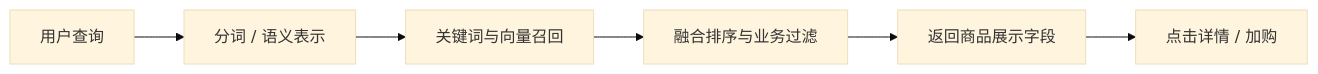
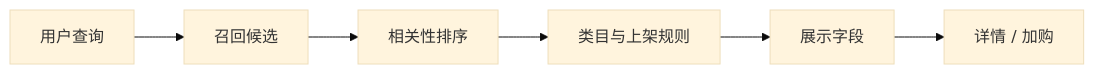
The first of 2 diagrams in docs/lecture/03-product-search.md (RedInn7/gomall), drawn with Mermaid (base theme) before and after one commit. The commit also changed other lines of this file and 3 other files, not shown here.

````diff
--- a/docs/lecture/03-product-search.md
+++ b/docs/lecture/03-product-search.md
@@ -30,8 +33,8 @@
 ```mermaid
 flowchart LR
-    query["用户查询"] --> understand["分词 / 语义表示"]
-    understand --> recall["关键词与向量召回"]
-    recall --> rank["融合排序与业务过滤"]
-    rank --> detail["返回商品展示字段"]
-    detail --> click["点击详情 / 加购"]
+    query["用户查询"] --> recall["召回候选"]
+    recall --> rank["相关性排序"]
+    rank --> filter["类目与上架规则"]
+    filter --> detail["展示字段"]
+    detail --> click["详情 / 加购"]
 ```
````
